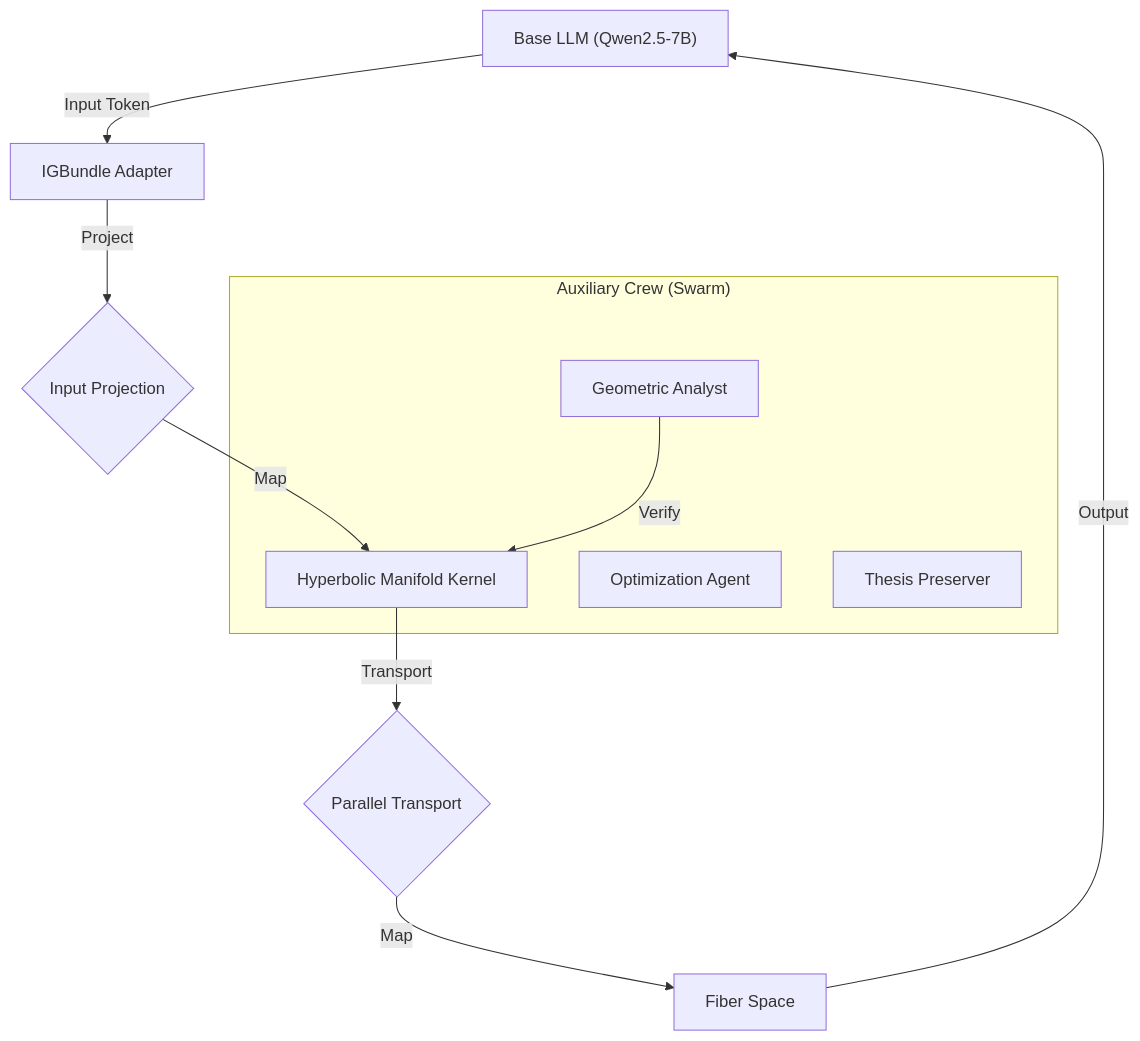
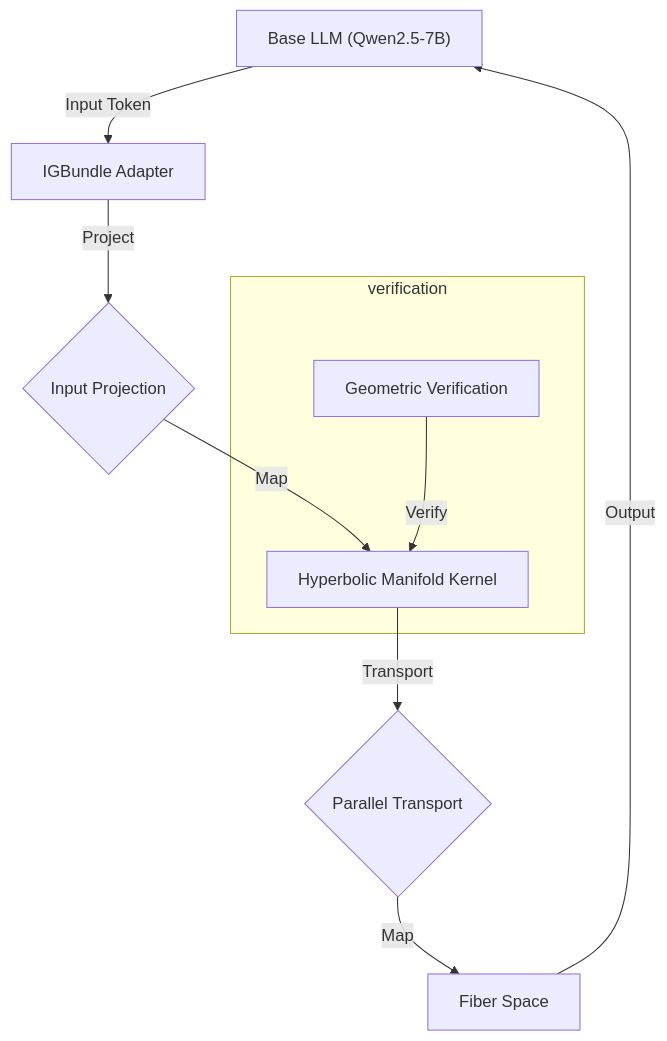
The diagram in README.md (jesusvilela/IGBundle-LLM), drawn with Mermaid before and after one commit. The commit also changed other lines of this file and 8 other files, not shown here.

````diff
--- a/README.md
+++ b/README.md
@@ -60,16 +60,14 @@
 ```mermaid
 graph TD
     A["Base LLM (Qwen2.5-7B)"] -->|Input Token| B["IGBundle Adapter"]
     B -->|Project| C{"Input Projection"}
     C -->|Map| D["Hyperbolic Manifold Kernel"]
     D -->|Transport| E{"Parallel Transport"}
     E -->|Map| F["Fiber Space"]
     F -->|Output| A
     
-    subgraph "Auxiliary Crew (Swarm)"
-        G["Geometric Analyst"]
-        H["Optimization Agent"]
-        I["Thesis Preserver"]
+    subgraph "verification"
+        G["Geometric Verification"]
         G -->|Verify| D
     end
 ```
````
